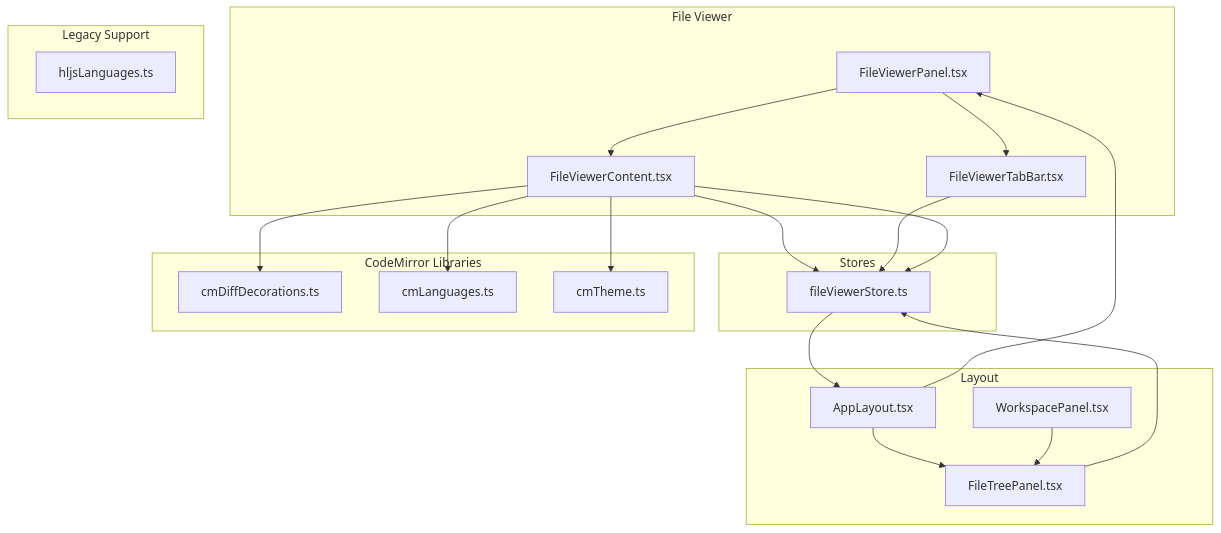
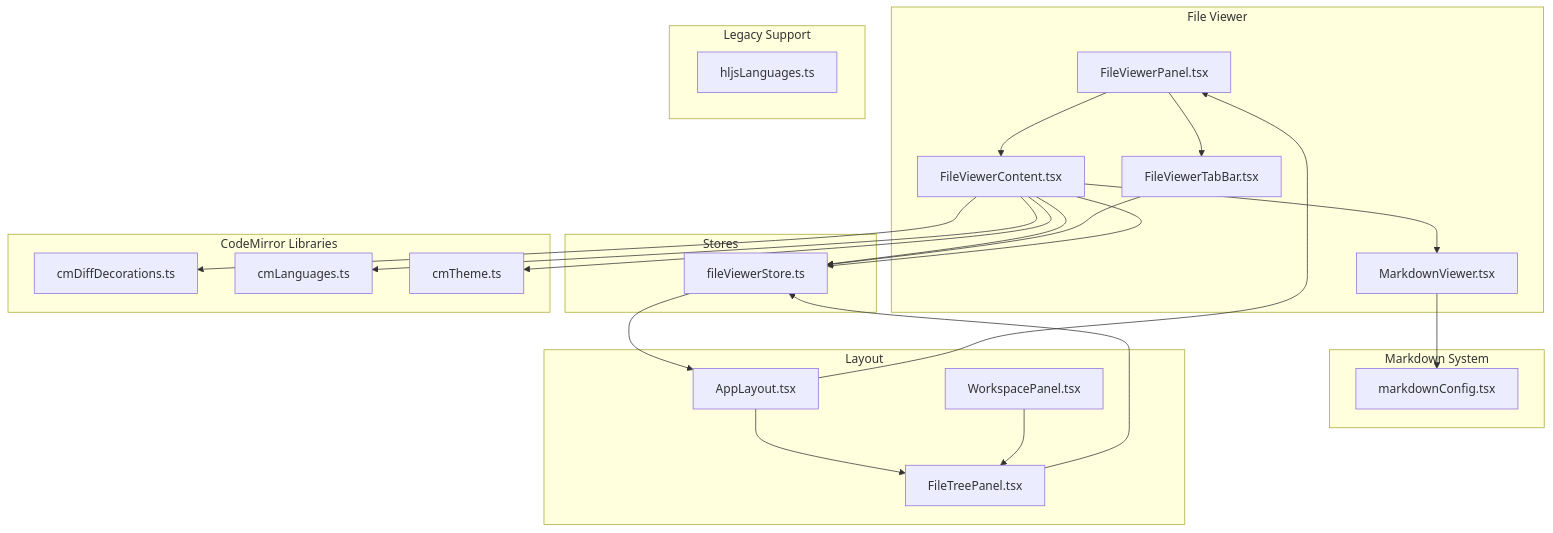
One commit to v0lka/c0wrk changed the first of 11 diagrams in .qoder/repowiki/en/content/Frontend Application/UI Components/File Viewer Components.md. Above: the diagram before and after it, drawn with Mermaid. The commit also changed other lines of this file and 8 other files, not shown here.

````diff
--- a/.qoder/repowiki/en/content/Frontend Application/UI Components/File Viewer Components.md
+++ b/.qoder/repowiki/en/content/Frontend Application/UI Components/File Viewer Components.md
@@ -47,37 +46,43 @@
 ```mermaid
 graph TB
 subgraph "File Viewer"
 P["FileViewerPanel.tsx"]
 T["FileViewerTabBar.tsx"]
 C["FileViewerContent.tsx"]
+MV["MarkdownViewer.tsx"]
 end
 subgraph "Stores"
 S["fileViewerStore.ts"]
 end
 subgraph "CodeMirror Libraries"
 CD["cmDiffDecorations.ts"]
 CL["cmLanguages.ts"]
 CT["cmTheme.ts"]
+end
+subgraph "Markdown System"
+MC["markdownConfig.tsx"]
 end
 subgraph "Legacy Support"
 HL["hljsLanguages.ts"]
 end
 subgraph "Layout"
 AL["AppLayout.tsx"]
 WP["WorkspacePanel.tsx"]
 FTP["FileTreePanel.tsx"]
 end
 P --> T
 P --> C
+C --> MV
 C --> CD
 C --> CL
 C --> CT
 C --> S
+MV --> MC
 T --> S
 C --> S
 S --> AL
 AL --> P
 AL --> FTP
 FTP --> S
 WP --> FTP
 ```
````
